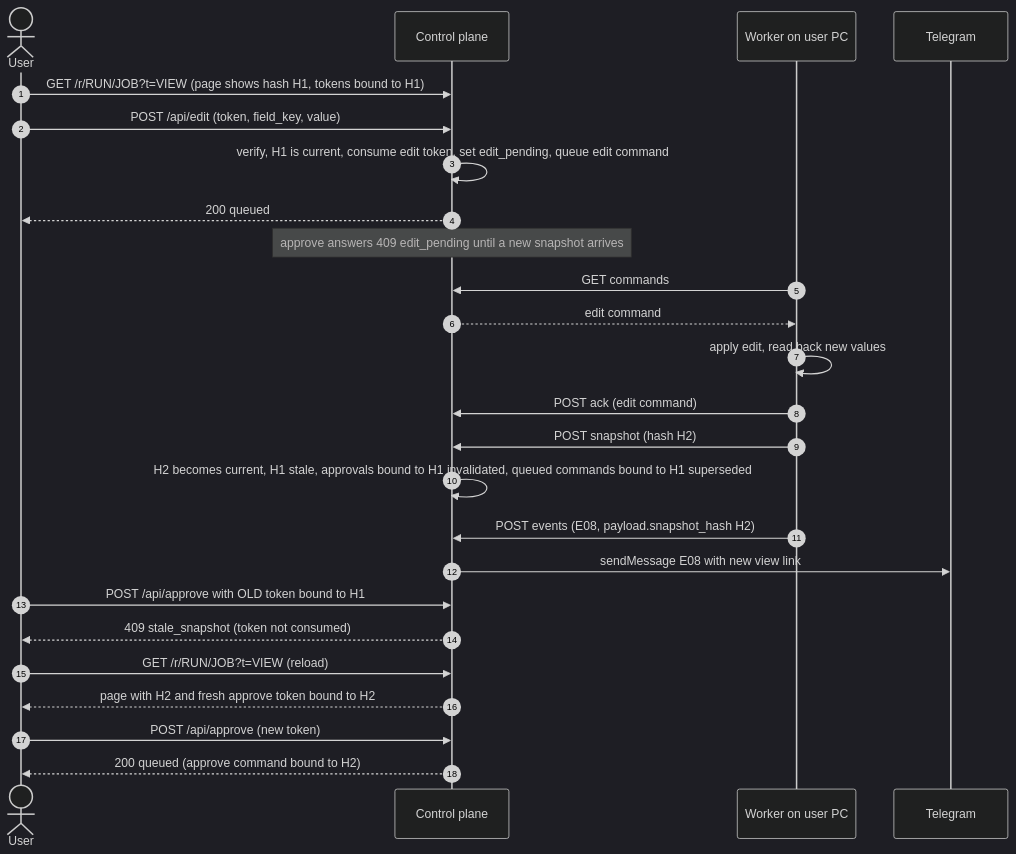
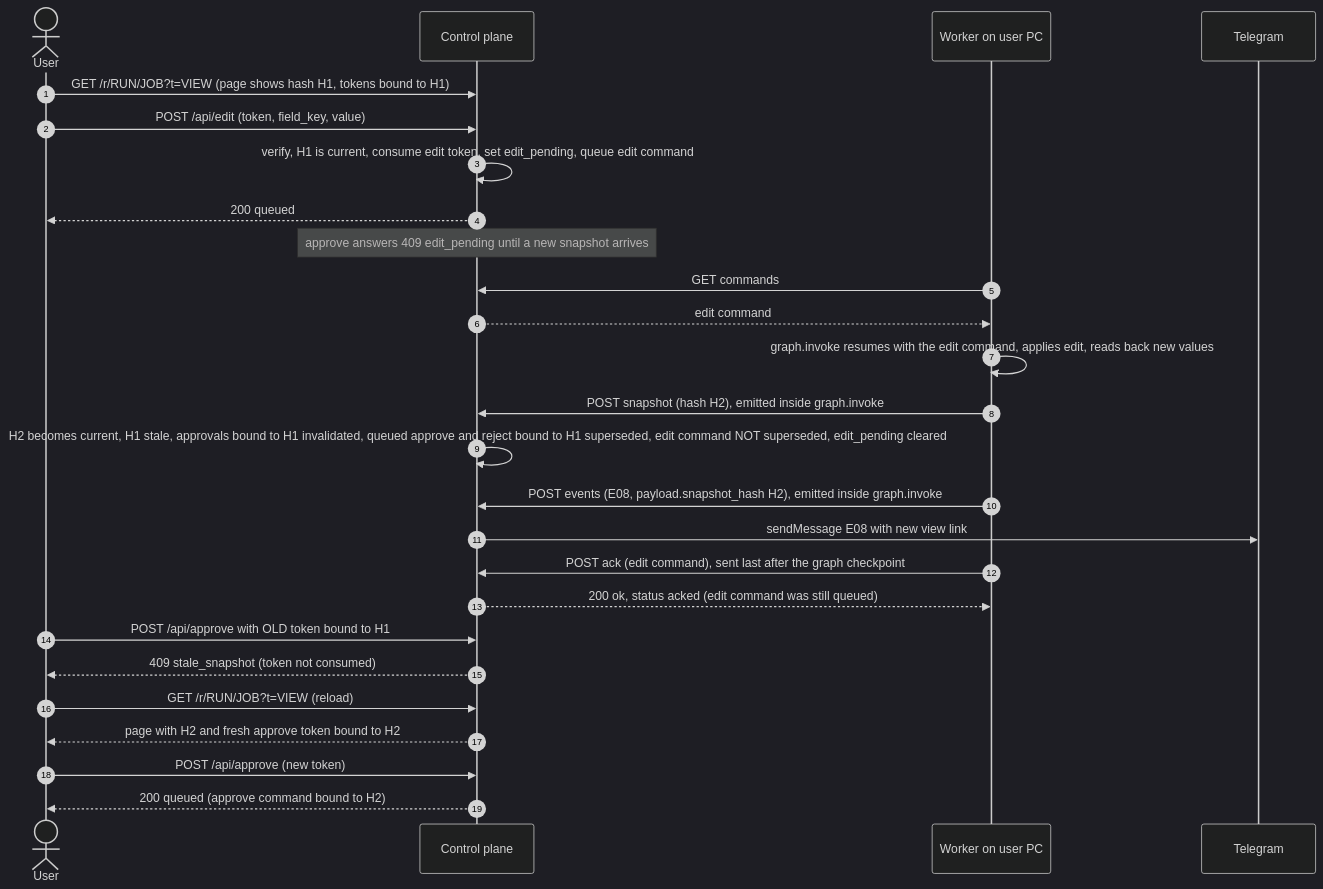
The second of 2 diagrams in docs/03-architecture/CONTROL_PLANE_API.md (Balaastratech/hulchul-operator), drawn with Mermaid (dark theme) before and after one commit. The commit also changed other lines of this file and 2 other files, not shown here.

````diff
--- a/docs/03-architecture/CONTROL_PLANE_API.md
+++ b/docs/03-architecture/CONTROL_PLANE_API.md
@@ -411,27 +423,28 @@
 ```mermaid
 sequenceDiagram
     autonumber
     actor U as User
     participant CP as Control plane
     participant W as Worker on user PC
     participant TG as Telegram
     U->>CP: GET /r/RUN/JOB?t=VIEW (page shows hash H1, tokens bound to H1)
     U->>CP: POST /api/edit (token, field_key, value)
     CP->>CP: verify, H1 is current, consume edit token, set edit_pending, queue edit command
     CP-->>U: 200 queued
     Note over CP: approve answers 409 edit_pending until a new snapshot arrives
     W->>CP: GET commands
     CP-->>W: edit command
-    W->>W: apply edit, read back new values
-    W->>CP: POST ack (edit command)
-    W->>CP: POST snapshot (hash H2)
-    CP->>CP: H2 becomes current, H1 stale, approvals bound to H1 invalidated, queued commands bound to H1 superseded
-    W->>CP: POST events (E08, payload.snapshot_hash H2)
+    W->>W: graph.invoke resumes with the edit command, applies edit, reads back new values
+    W->>CP: POST snapshot (hash H2), emitted inside graph.invoke
+    CP->>CP: H2 becomes current, H1 stale, approvals bound to H1 invalidated, queued approve and reject bound to H1 superseded, edit command NOT superseded, edit_pending cleared
+    W->>CP: POST events (E08, payload.snapshot_hash H2), emitted inside graph.invoke
     CP->>TG: sendMessage E08 with new view link
+    W->>CP: POST ack (edit command), sent last after the graph checkpoint
+    CP-->>W: 200 ok, status acked (edit command was still queued)
     U->>CP: POST /api/approve with OLD token bound to H1
     CP-->>U: 409 stale_snapshot (token not consumed)
     U->>CP: GET /r/RUN/JOB?t=VIEW (reload)
     CP-->>U: page with H2 and fresh approve token bound to H2
     U->>CP: POST /api/approve (new token)
     CP-->>U: 200 queued (approve command bound to H2)
 ```
````
